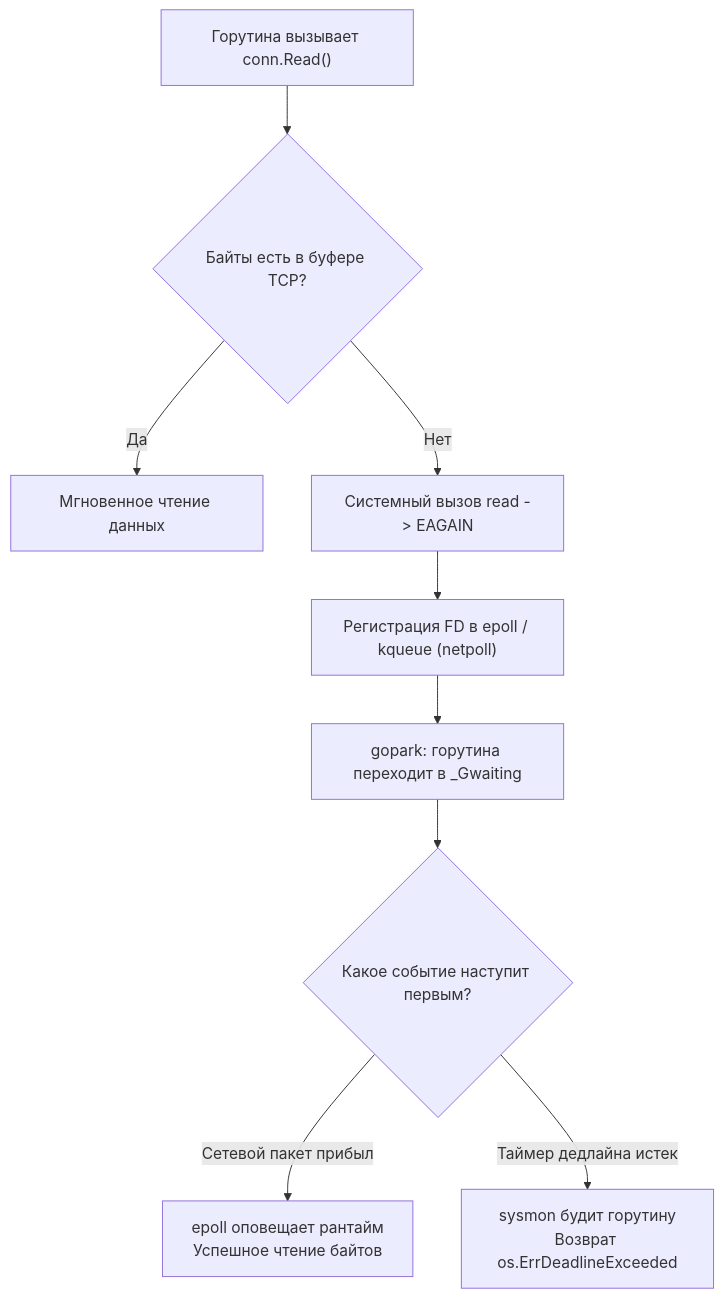
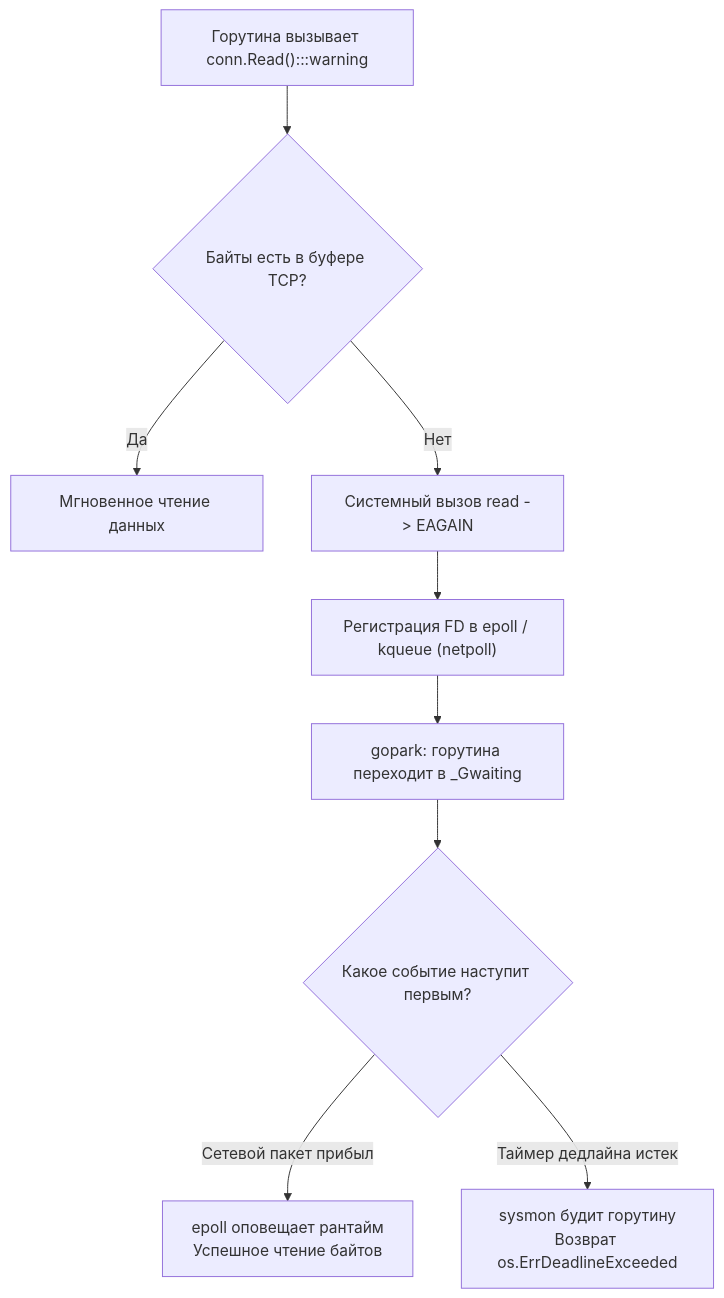
The third of 3 diagrams in sources/14. Распределенные системы на Go/05. Надежность/3. Timeout.md (UnrealTemplier/go-textbook), drawn with Mermaid before and after one commit. The commit also changed other lines of this file and 1666 other files, not shown here.

First line of the commit message:
feat(mermaid): add semantic color classDef to 1369 colorless flowchart/graph diagrams

````diff
--- a/sources/14. Распределенные системы на Go/05. Надежность/3. Timeout.md
+++ b/sources/14. Распределенные системы на Go/05. Надежность/3. Timeout.md
@@ -68,12 +88,22 @@
 ```mermaid
 flowchart TD
-    Call["Горутина вызывает conn.Read()"] --> Buffer{"Байты есть в буфере TCP?"}
+    classDef process  fill:#1e293b,stroke:#38bdf8,stroke-width:1px,color:#f8fafc
+    classDef success  fill:#064e3b,stroke:#34d399,stroke-width:1px,color:#f8fafc
+    classDef error    fill:#7f1d1d,stroke:#f87171,stroke-width:1px,color:#f8fafc
+    classDef warning  fill:#78350f,stroke:#fbbf24,stroke-width:1px,color:#f8fafc
+    classDef entry    fill:#1e3a5f,stroke:#38bdf8,stroke-width:2px,color:#f8fafc
+    classDef aux      fill:#334155,stroke:#64748b,stroke-width:1px,color:#f8fafc
+    classDef system   fill:#312e81,stroke:#a78bfa,stroke-width:1px,color:#f8fafc
+    classDef data     fill:#132d29,stroke:#2dd4bf,stroke-width:1px,color:#f8fafc
+    classDef network  fill:#881337,stroke:#fb7185,stroke-width:1px,color:#f8fafc
+    classDef accent   fill:#1e1b4b,stroke:#818cf8,stroke-width:1px,color:#f8fafc
+    Call["Горутина вызывает conn.Read():::warning"] --> Buffer{"Байты есть в буфере TCP?"}
     Buffer -->|Да| DirectRead["Мгновенное чтение данных"]
     Buffer -->|Нет| NonBlock["Системный вызов read -> EAGAIN"]
     NonBlock --> Register["Регистрация FD в epoll / kqueue (netpoll)"]
     Register --> Park["gopark: горутина переходит в _Gwaiting"]
     
     Park --> Event{"Какое событие наступит первым?"}
     Event -->|"Сетевой пакет прибыл"| EpollWake["epoll оповещает рантайм<br/>Успешное чтение байтов"]
     Event -->|"Таймер дедлайна истек"| TimerWake["sysmon будит горутину<br/>Возврат os.ErrDeadlineExceeded"]
 ```
````
